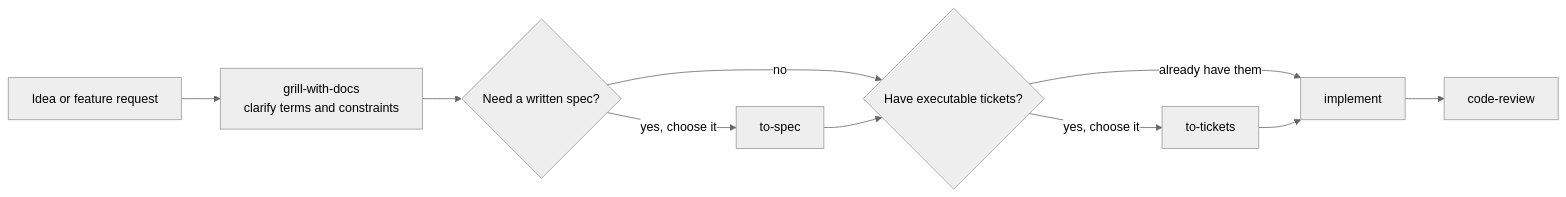
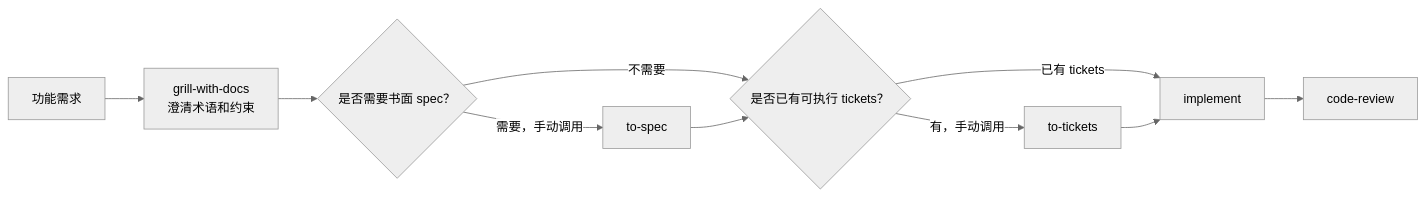
The second of 4 diagrams in README.md (carl10086/ys-powers), drawn with Mermaid (neutral theme) before and after one commit. The commit also changed other lines of this file, not shown here.

````diff
--- a/README.md
+++ b/README.md
@@ -49,12 +48,12 @@
 ```mermaid
 flowchart LR
-    A[Idea or feature request] --> B[grill-with-docs<br/>clarify terms and constraints]
-    B --> C{Need a written spec?}
-    C -->|yes, choose it| D[to-spec]
-    C -->|no| E{Have executable tickets?}
+    A[功能需求] --> B[grill-with-docs<br/>澄清术语和约束]
+    B --> C{是否需要书面 spec？}
+    C -->|需要，手动调用| D[to-spec]
+    C -->|不需要| E{是否已有可执行 tickets？}
     D --> E
-    E -->|yes, choose it| F[to-tickets]
-    E -->|already have them| G[implement]
+    E -->|有，手动调用| F[to-tickets]
+    E -->|已有 tickets| G[implement]
     F --> G
     G --> H[code-review]
 ```
````
